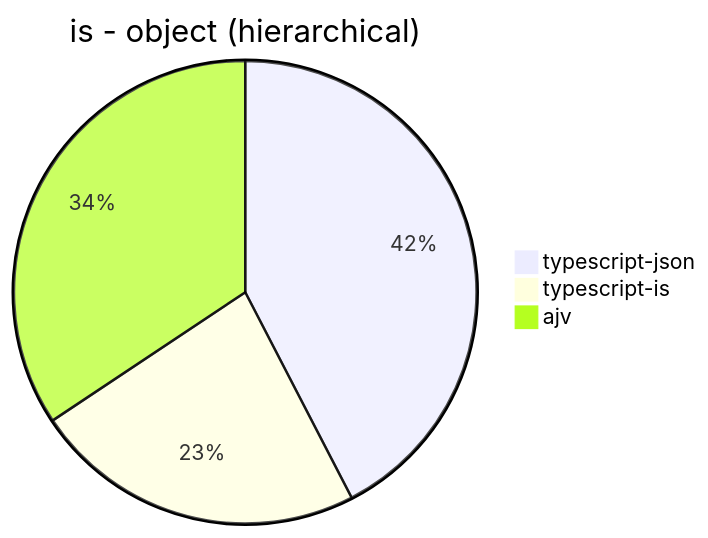
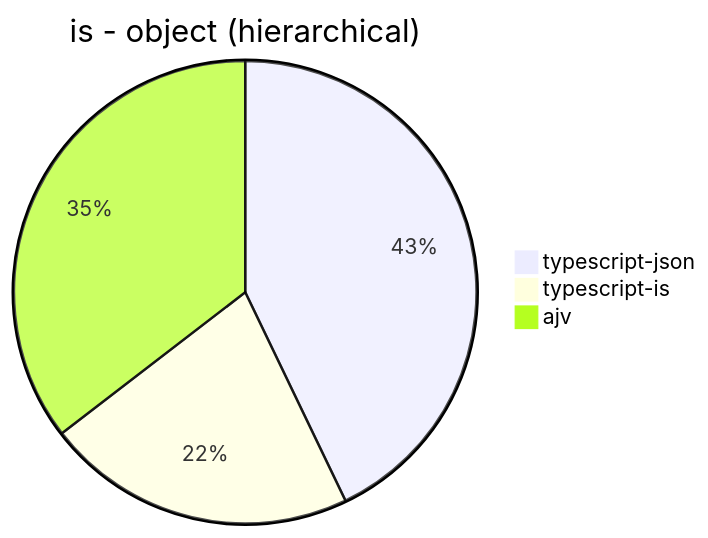
One commit to samchon/typia changed the seventh of 30 diagrams in benchmark/results/Apple M1.md. Above: the diagram before and after it, drawn with Mermaid. The commit also changed other lines of this file, not shown here.

````diff
--- a/benchmark/results/Apple M1.md
+++ b/benchmark/results/Apple M1.md
@@ -76,6 +77,6 @@
 ```mermaid
 pie title is - object (hierarchical)
-  "typescript-json": 110891.59369527145
-  "typescript-is": 60833.92890727854
-  "ajv": 89847.28610855567
+  "typescript-json": 116971.91945316829
+  "typescript-is": 59204.4751682736
+  "ajv": 96695.14670603433
 ```
````
